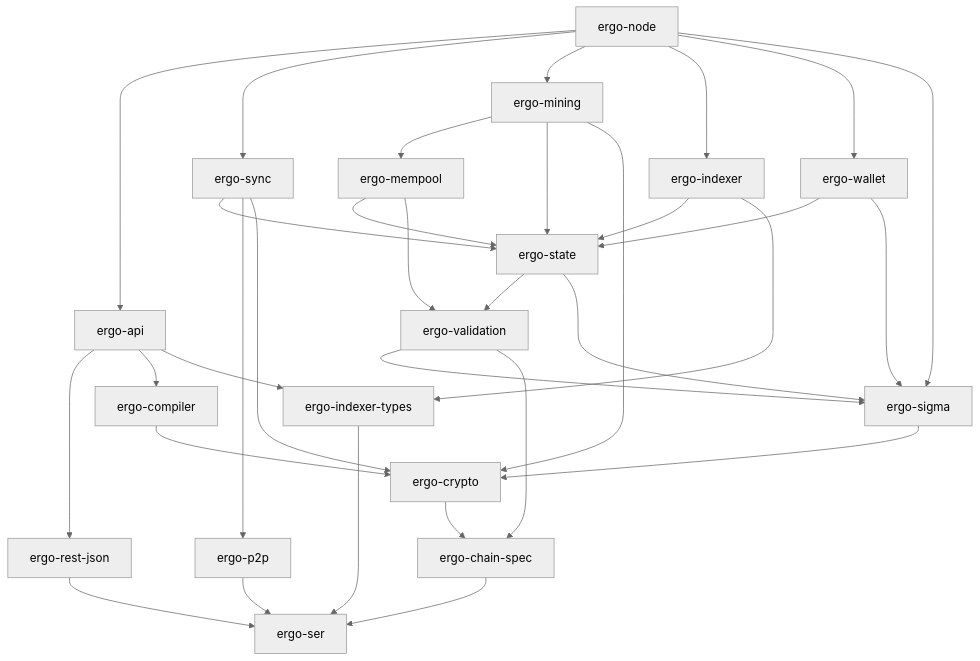
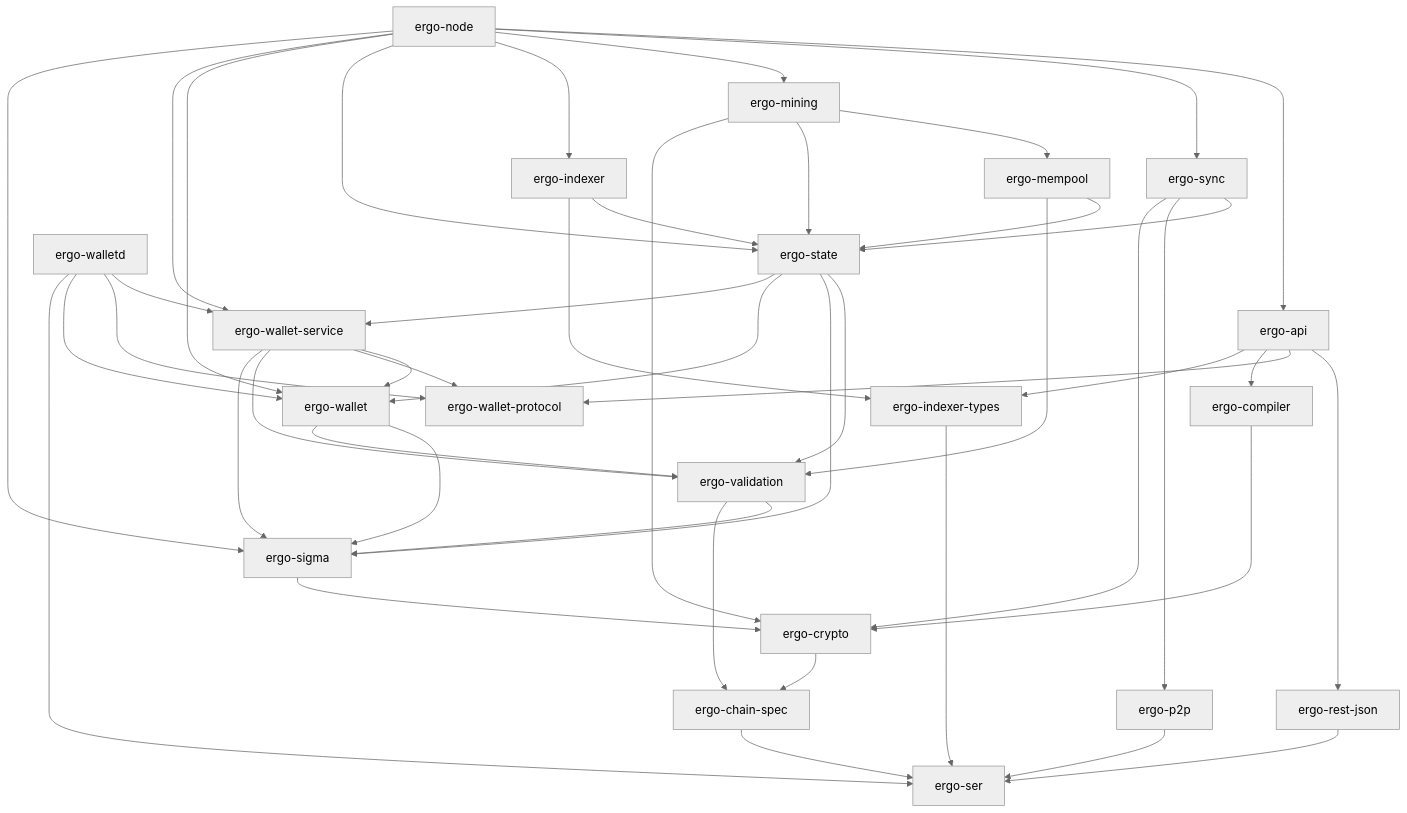
Before and after one commit to arkadianet/ergo: the diagram in docs/codemap.md, drawn with Mermaid (neutral theme). The commit also changed other lines of this file and 69 other files, not shown here.

````diff
--- a/docs/codemap.md
+++ b/docs/codemap.md
@@ -44,35 +47,49 @@
 ```mermaid
 graph TD
   chainspec[ergo-chain-spec] --> ser[ergo-ser]
   crypto[ergo-crypto] --> chainspec
   sigma[ergo-sigma] --> crypto
   compiler[ergo-compiler] --> crypto
   validation[ergo-validation] --> sigma
   validation --> chainspec
+  protocol[ergo-wallet-protocol]
+  wallet[ergo-wallet] --> sigma
+  wallet --> validation
+  service[ergo-wallet-service] --> wallet
+  service --> protocol
+  service --> validation
+  service --> sigma
   state[ergo-state] --> validation
   state --> sigma
-  wallet[ergo-wallet] --> state
-  wallet --> sigma
+  state --> wallet
+  state --> service
   mempool[ergo-mempool] --> state
   mempool --> validation
   p2p[ergo-p2p] --> ser
   sync[ergo-sync] --> state
   sync --> p2p
   sync --> crypto
   mining[ergo-mining] --> mempool
   mining --> state
   mining --> crypto
   indexertypes[ergo-indexer-types] --> ser
   indexer[ergo-indexer] --> state
   indexer --> indexertypes
   restjson[ergo-rest-json] --> ser
   api[ergo-api] --> restjson
+  api --> protocol
   api --> compiler
   api --> indexertypes
   node[ergo-node] --> api
   node --> sync
   node --> mining
   node --> indexer
+  node --> state
   node --> wallet
+  node --> service
   node --> sigma
+  walletd[ergo-walletd] --> service
+  walletd --> protocol
+  walletd --> wallet
+  walletd --> ser
 ```
````
